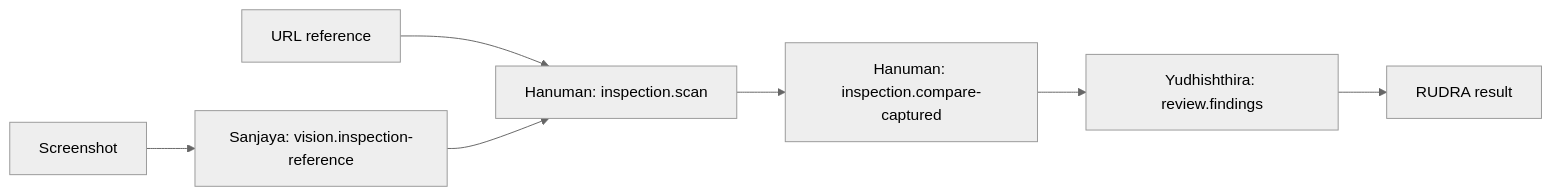
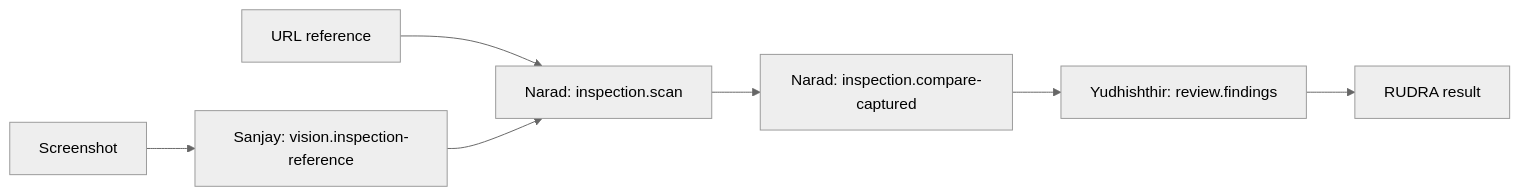
Before and after one commit to urveshgohil/ShivAX: the diagram in docs/inspection-integration.md, drawn with Mermaid (neutral theme). The commit also changed other lines of this file and 42 other files, not shown here.

````diff
--- a/docs/inspection-integration.md
+++ b/docs/inspection-integration.md
@@ -44,9 +44,9 @@
 ```mermaid
 flowchart LR
-  A[URL reference] --> C[Hanuman: inspection.scan]
-  B[Screenshot] --> V[Sanjaya: vision.inspection-reference]
+  A[URL reference] --> C[Narad: inspection.scan]
+  B[Screenshot] --> V[Sanjay: vision.inspection-reference]
   V --> C
-  C --> D[Hanuman: inspection.compare-captured]
-  D --> E[Yudhishthira: review.findings]
+  C --> D[Narad: inspection.compare-captured]
+  D --> E[Yudhishthir: review.findings]
   E --> R[RUDRA result]
 ```
````
